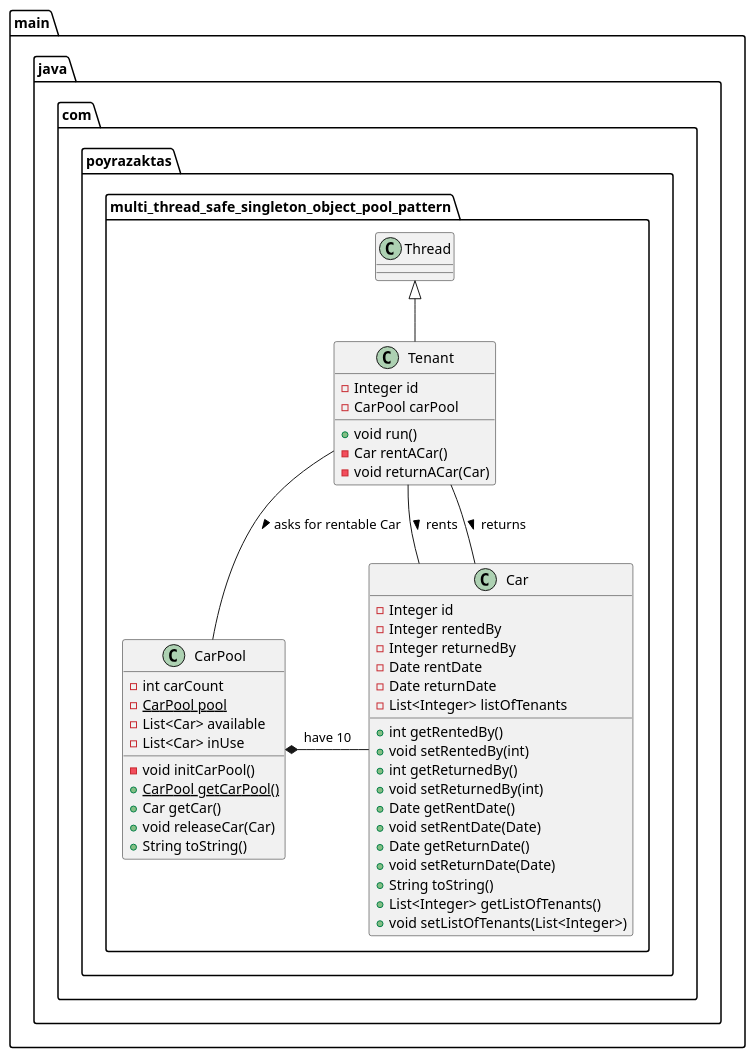
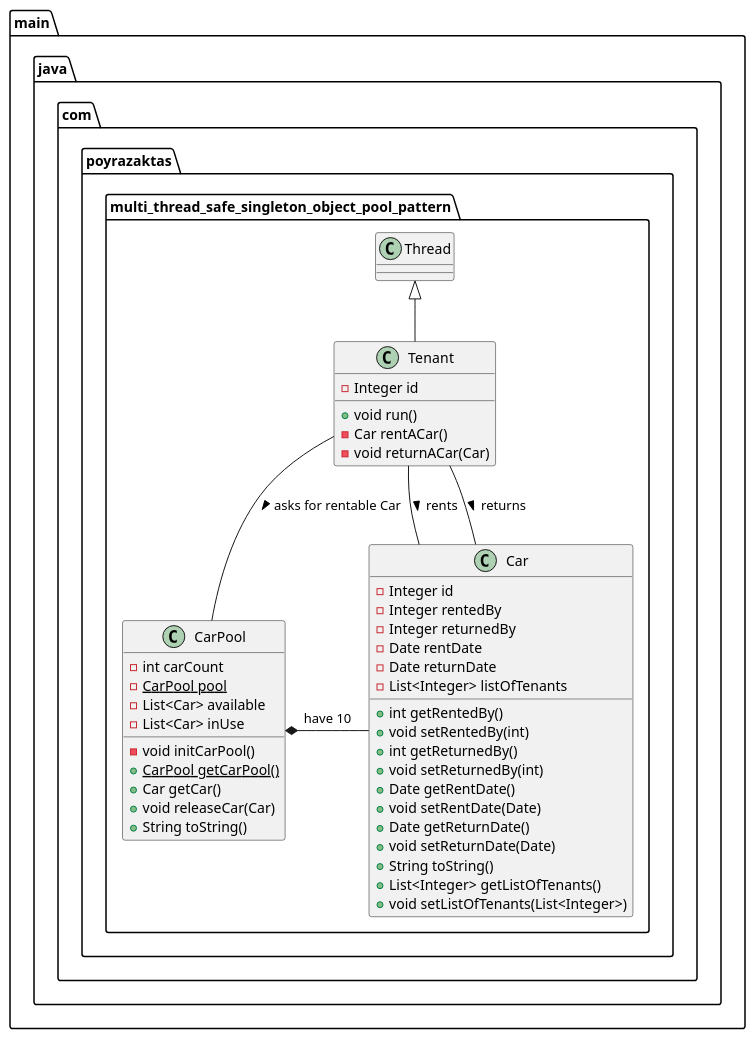
Before and after one commit to poyrazaktas/multi-thread-safe-singleton-object-pool-pattern: the diagram in car-pool-project.puml, drawn with PlantUML. The commit also changed 2 other files, not shown here.

Commit message:
update car pool reference

```diff
--- a/car-pool-project.puml
+++ b/car-pool-project.puml
@@ -1,49 +1,48 @@
 @startuml
 class main.java.com.poyrazaktas.multi_thread_safe_singleton_object_pool_pattern.CarPool {
 - int carCount
 - {static} CarPool pool
 - List<Car> available
 - List<Car> inUse
 - void initCarPool()
 + {static} CarPool getCarPool()
 + Car getCar()
 + void releaseCar(Car)
 + String toString()
 }
 class main.java.com.poyrazaktas.multi_thread_safe_singleton_object_pool_pattern.Tenant {
 - Integer id
-- CarPool carPool
 + void run()
 - Car rentACar()
 - void returnACar(Car)
 }
 class main.java.com.poyrazaktas.multi_thread_safe_singleton_object_pool_pattern.Car {
 - Integer id
 - Integer rentedBy
 - Integer returnedBy
 - Date rentDate
 - Date returnDate
 - List<Integer> listOfTenants
 + int getRentedBy()
 + void setRentedBy(int)
 + int getReturnedBy()
 + void setReturnedBy(int)
 + Date getRentDate()
 + void setRentDate(Date)
 + Date getReturnDate()
 + void setReturnDate(Date)
 + String toString()
 + List<Integer> getListOfTenants()
 + void setListOfTenants(List<Integer>)
 }
 
 main.java.com.poyrazaktas.multi_thread_safe_singleton_object_pool_pattern.CarPool *- main.java.com.poyrazaktas.multi_thread_safe_singleton_object_pool_pattern.Car : have 10
 
 main.java.com.poyrazaktas.multi_thread_safe_singleton_object_pool_pattern.Tenant -- main.java.com.poyrazaktas.multi_thread_safe_singleton_object_pool_pattern.CarPool : asks for rentable Car >
 
 main.java.com.poyrazaktas.multi_thread_safe_singleton_object_pool_pattern.Tenant -- main.java.com.poyrazaktas.multi_thread_safe_singleton_object_pool_pattern.Car :  rents  >
 
 main.java.com.poyrazaktas.multi_thread_safe_singleton_object_pool_pattern.Tenant -- main.java.com.poyrazaktas.multi_thread_safe_singleton_object_pool_pattern.Car :  returns  >
 
 main.java.com.poyrazaktas.multi_thread_safe_singleton_object_pool_pattern.Thread <|-- main.java.com.poyrazaktas.multi_thread_safe_singleton_object_pool_pattern.Tenant
 @enduml
```
